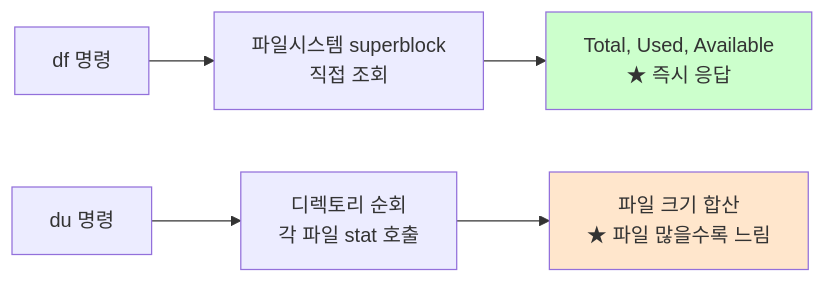
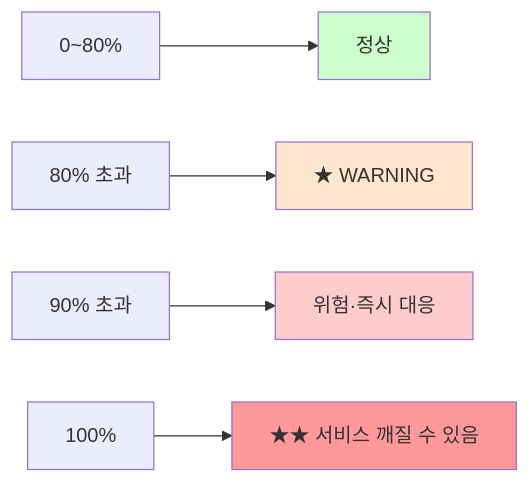
Before and after one commit to codewhite7777/codyssey_notes: the diagram in codyssey_b1_1_study/disk-usage-df-vs-du.md, drawn with Mermaid. The commit also changed other lines of this file and 4 other files, not shown here.

````diff
--- a/codyssey_b1_1_study/disk-usage-df-vs-du.md
+++ b/codyssey_b1_1_study/disk-usage-df-vs-du.md
@@ -59,11 +139,12 @@
 ```mermaid
 flowchart LR
-    A["df 명령"] --> B["파일시스템 superblock<br/>직접 조회"]
-    B --> C["Total, Used, Available<br/>★ 즉시 응답"]
+    A[0~80%] --> B[정상]
+    C[80% 초과] --> D[★ WARNING]
+    E[90% 초과] --> F[위험·즉시 대응]
+    G[100%] --> H[★★ 서비스 깨질 수 있음]
 
-    D["du 명령"] --> E["디렉토리 순회<br/>각 파일 stat 호출"]
-    E --> F["파일 크기 합산<br/>★ 파일 많을수록 느림"]
-
-    style C fill:#ccffcc
-    style F fill:#ffe6cc
+    style B fill:#ccffcc
+    style D fill:#ffe6cc
+    style F fill:#ffcccc
+    style H fill:#ff9999
 ```
````
